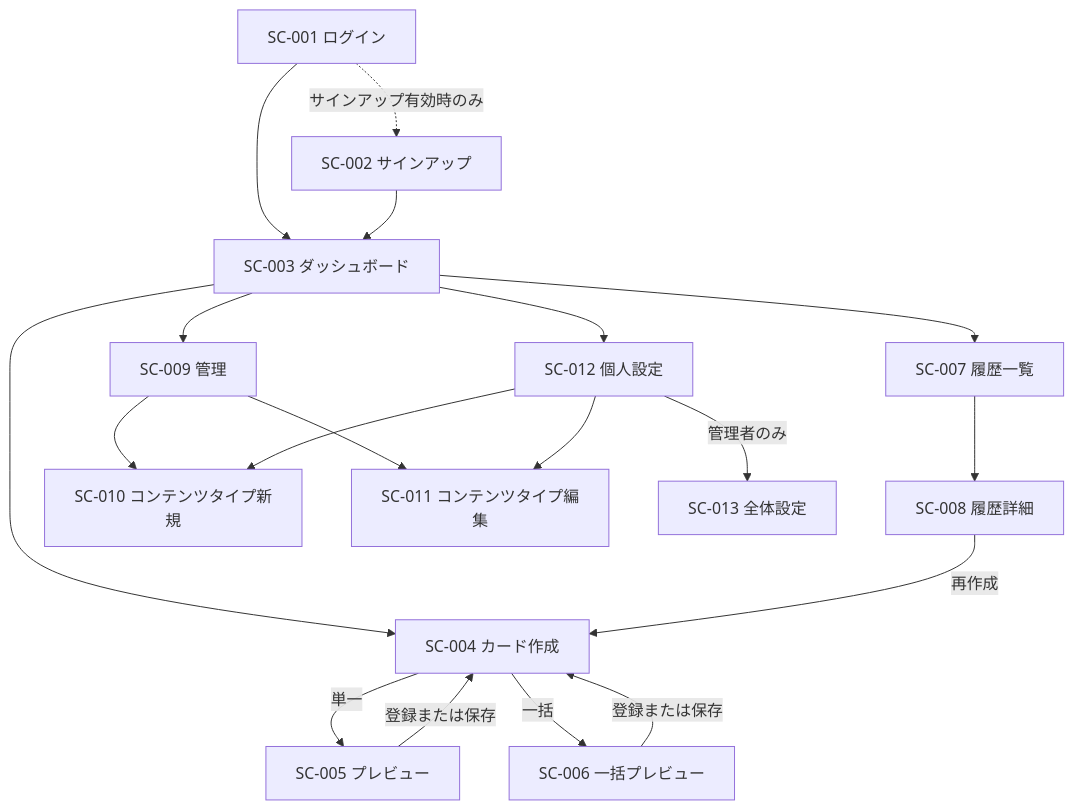
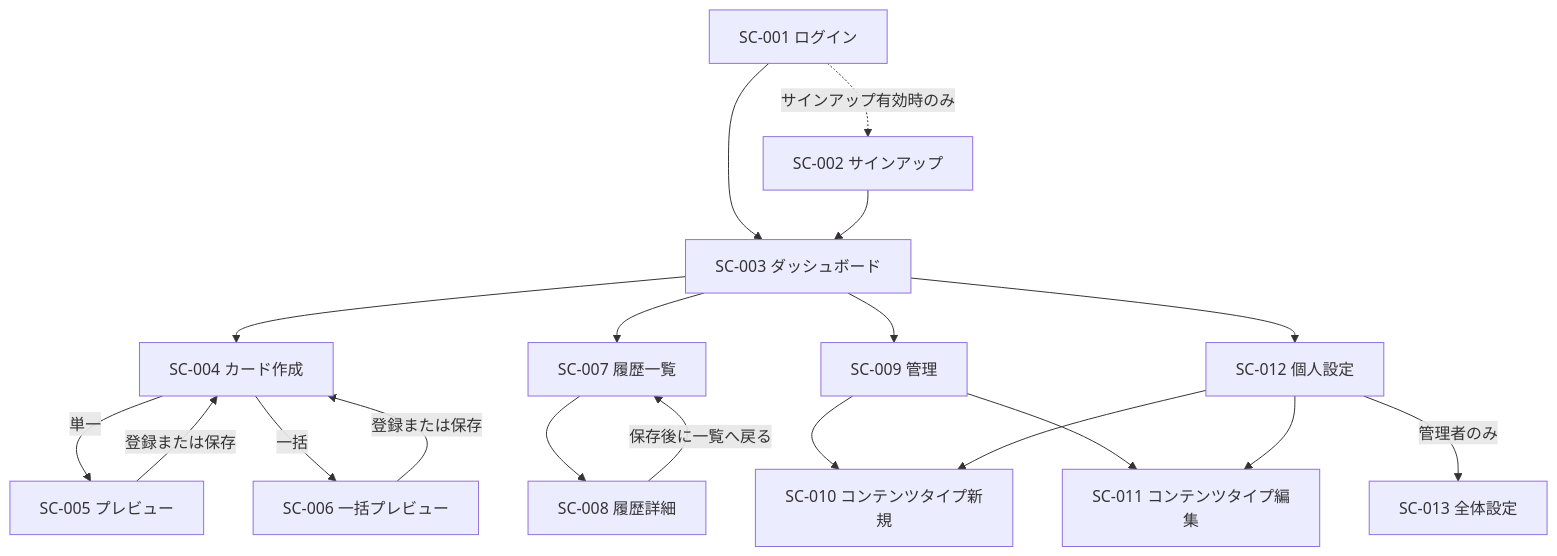
The first of 2 diagrams in docs/02-design/SCREENS.md (quyen-doth/ankiflow), drawn with Mermaid before and after one commit. The commit also changed other lines of this file and 10 other files, not shown here.

````diff
--- a/docs/02-design/SCREENS.md
+++ b/docs/02-design/SCREENS.md
@@ -65,27 +65,27 @@
 ```mermaid
 graph TD
     Login[SC-001 ログイン] --> Dashboard[SC-003 ダッシュボード]
     Signup[SC-002 サインアップ] --> Dashboard
     Login -.->|サインアップ有効時のみ| Signup
 
     Dashboard --> Create[SC-004 カード作成]
     Dashboard --> History[SC-007 履歴一覧]
 
     Create -->|単一| Preview[SC-005 プレビュー]
     Create -->|一括| BatchPreview[SC-006 一括プレビュー]
 
     Preview -->|登録または保存| Create
     BatchPreview -->|登録または保存| Create
 
     History --> Detail[SC-008 履歴詳細]
-    Detail -->|再作成| Create
+    Detail -->|保存後に一覧へ戻る| History
 
     Dashboard --> Admin[SC-009 管理]
     Admin --> CTNew[SC-010 コンテンツタイプ新規]
     Admin --> CTEdit[SC-011 コンテンツタイプ編集]
 
     Dashboard --> Settings[SC-012 個人設定]
     Settings --> CTNew
     Settings --> CTEdit
     Settings -->|管理者のみ| AdminSettings[SC-013 全体設定]
 ```
````
